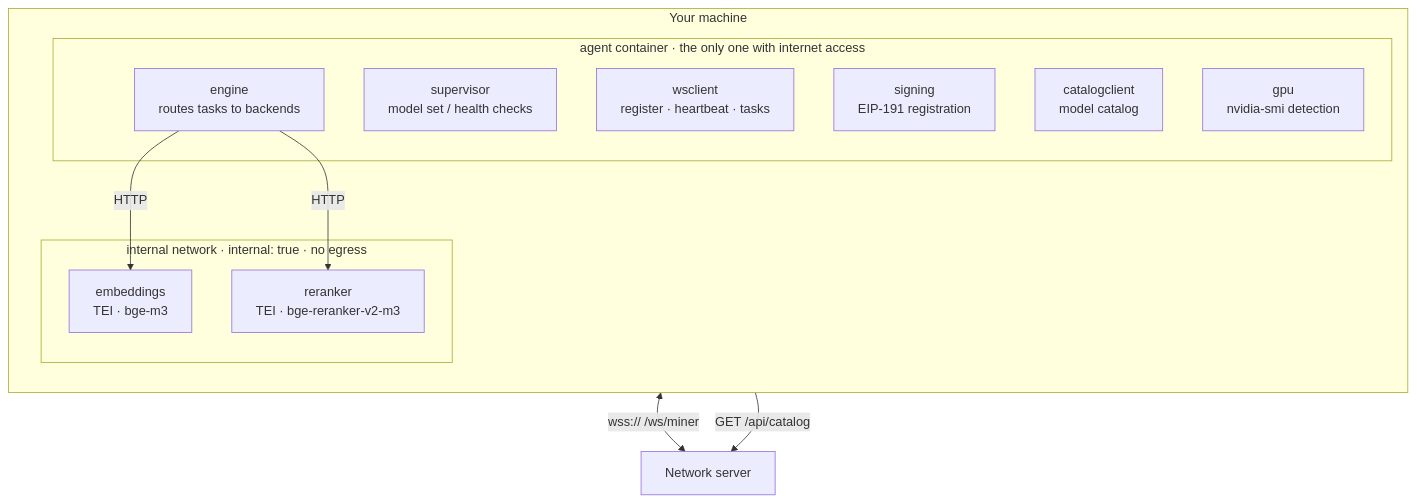
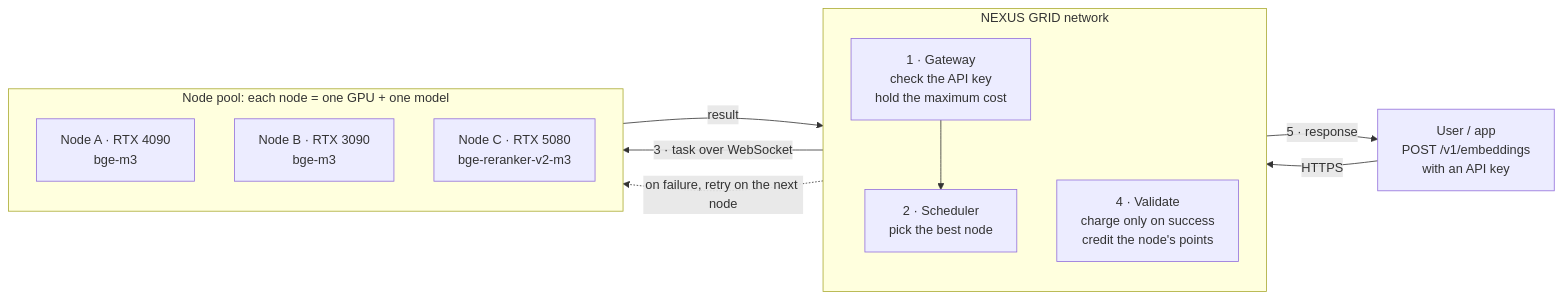
One commit to 0xRouteAI/nexus-grid-miner changed the first of 3 diagrams in README.en.md. Above: the diagram before and after it, drawn with Mermaid. The commit also changed other lines of this file and 12 other files, not shown here.

First line of the commit message:
One GPU serves one model; README explains request routing

````diff
--- a/README.en.md
+++ b/README.en.md
@@ -49,22 +32,25 @@
 ```mermaid
-flowchart TB
-    subgraph host[Your machine]
+flowchart LR
+    U["User / app<br/>POST /v1/embeddings<br/>with an API key"]
+
+    subgraph NET["NEXUS GRID network"]
         direction TB
-        subgraph agentbox[agent container · the only one with internet access]
-            SUP[supervisor<br/>model set / health checks]
-            WS[wsclient<br/>register · heartbeat · tasks]
-            ENG[engine<br/>routes tasks to backends]
-            SIG[signing<br/>EIP-191 registration]
-            CAT[catalogclient<br/>model catalog]
-            GPU[gpu<br/>nvidia-smi detection]
-        end
-        subgraph inner[internal network · internal: true · no egress]
-            TEI1[embeddings<br/>TEI · bge-m3]
-            TEI2[reranker<br/>TEI · bge-reranker-v2-m3]
-        end
-        ENG -- HTTP --> TEI1
-        ENG -- HTTP --> TEI2
+        GW["1 · Gateway<br/>check the API key<br/>hold the maximum cost"]
+        SC["2 · Scheduler<br/>pick the best node"]
+        CK["4 · Validate<br/>charge only on success<br/>credit the node's points"]
+        GW --> SC
     end
-    WS <-- "wss:// /ws/miner" --> CP[Network server]
-    CAT -- "GET /api/catalog" --> CP
+
+    subgraph POOL["Node pool: each node = one GPU + one model"]
+        direction TB
+        N1["Node A · RTX 4090<br/>bge-m3"]
+        N2["Node B · RTX 3090<br/>bge-m3"]
+        N3["Node C · RTX 5080<br/>bge-reranker-v2-m3"]
+    end
+
+    U -- HTTPS --> GW
+    SC -- "3 · task over WebSocket" --> N1
+    SC -. "on failure, retry on the next node" .-> N2
+    N1 -- "result" --> CK
+    CK -- "5 · response" --> U
 ```
````
